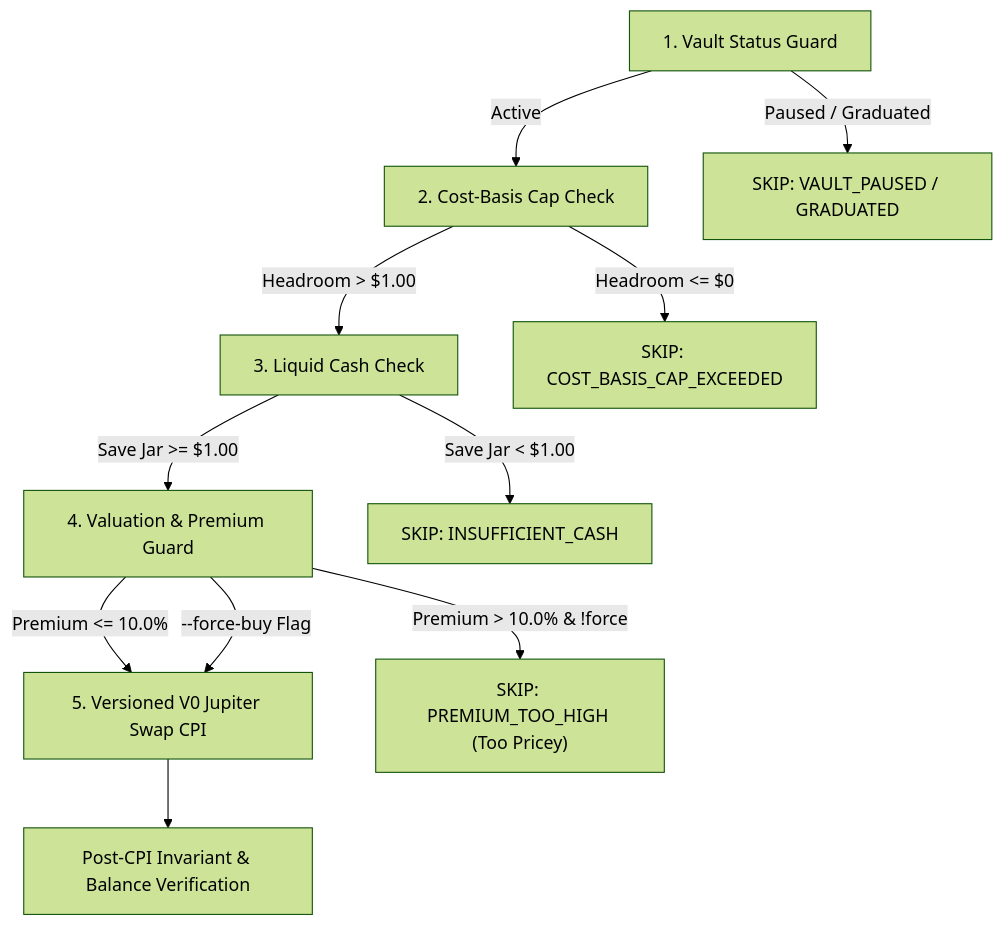
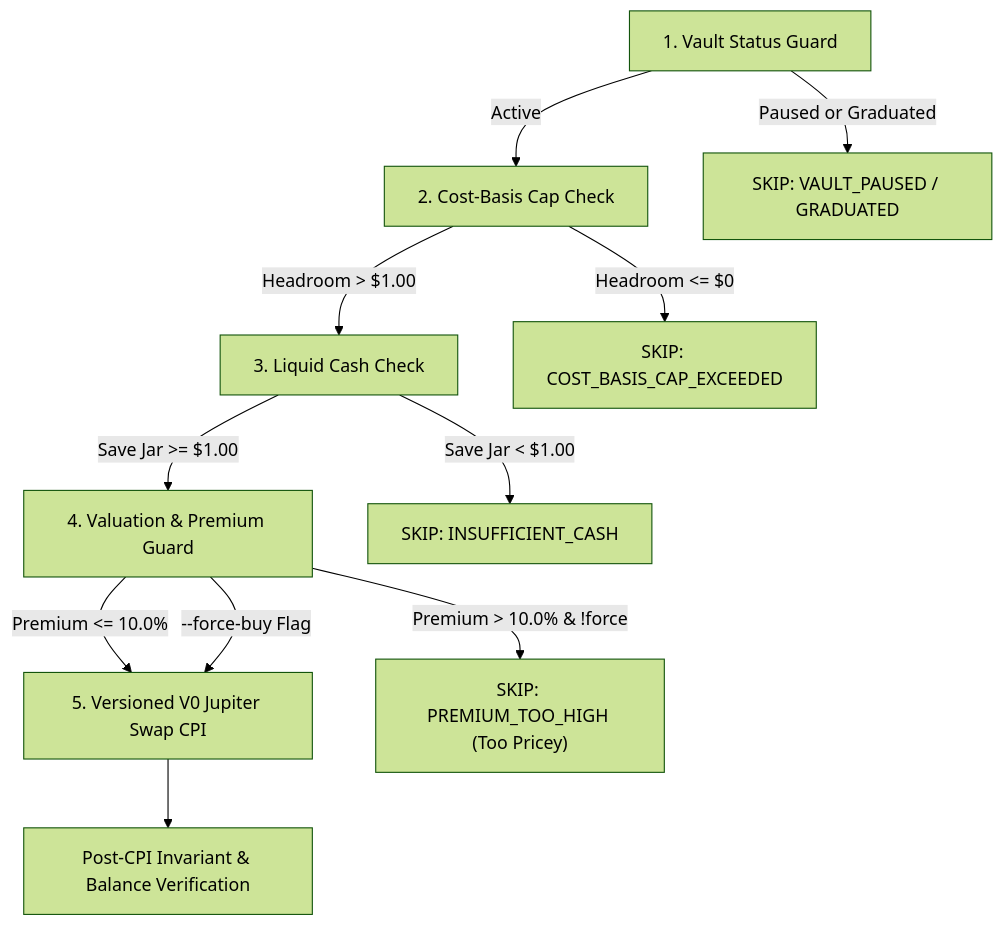
One commit to nimrid/Moonjar changed the diagram in apps/keeper/README.md. Above: the diagram before and after it, drawn with Mermaid (forest theme). The commit also changed other lines of this file and 5 other files, not shown here.

````diff
--- a/apps/keeper/README.md
+++ b/apps/keeper/README.md
@@ -9,13 +28,13 @@
 ```mermaid
 flowchart TD
     A["1. Vault Status Guard"] -->|Active| B["2. Cost-Basis Cap Check"]
-    A -->|Paused / Graduated| Skip1["SKIP: VAULT_PAUSED / GRADUATED"]
+    A -->|Paused or Graduated| Skip1["SKIP: VAULT_PAUSED / GRADUATED"]
     B -->|Headroom > $1.00| C["3. Liquid Cash Check"]
     B -->|Headroom <= $0| Skip2["SKIP: COST_BASIS_CAP_EXCEEDED"]
     C -->|Save Jar >= $1.00| D["4. Valuation & Premium Guard"]
     C -->|Save Jar < $1.00| Skip3["SKIP: INSUFFICIENT_CASH"]
     D -->|Premium <= 10.0%| E["5. Versioned V0 Jupiter Swap CPI"]
     D -->|Premium > 10.0% & !force| Skip4["SKIP: PREMIUM_TOO_HIGH (Too Pricey)"]
     D -->|--force-buy Flag| E
     E --> F["Post-CPI Invariant & Balance Verification"]
 ```
````
